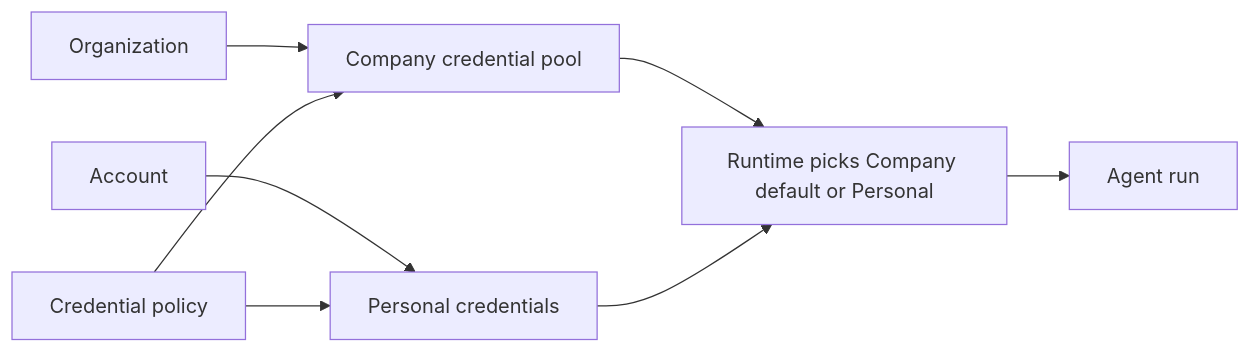
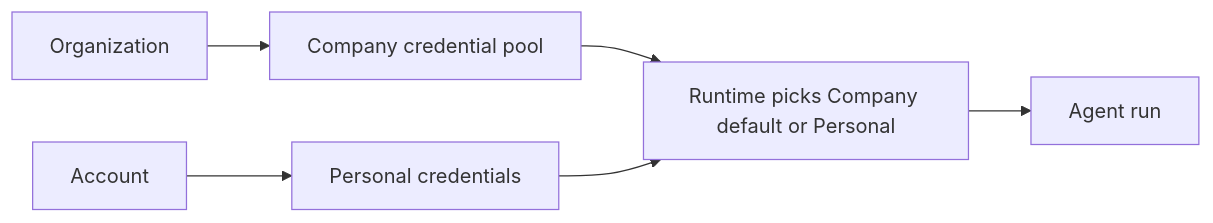
One commit to langgenius/mosoo changed the first of 3 diagrams in dev/prd/credentials.md. Above: the diagram before and after it, drawn with Mermaid. The commit also changed other lines of this file and 8 other files, not shown here.

````diff
--- a/dev/prd/credentials.md
+++ b/dev/prd/credentials.md
@@ -100,10 +97,8 @@
 ```mermaid
 flowchart LR
   Org["Organization"] --> Company["Company credential pool"]
   Account["Account"] --> Personal["Personal credentials"]
-  Policy["Credential policy"] --> Company
-  Policy --> Personal
   Company --> Choose["Runtime picks Company default or Personal"]
   Personal --> Choose
   Choose --> Agent["Agent run"]
 ```
````
